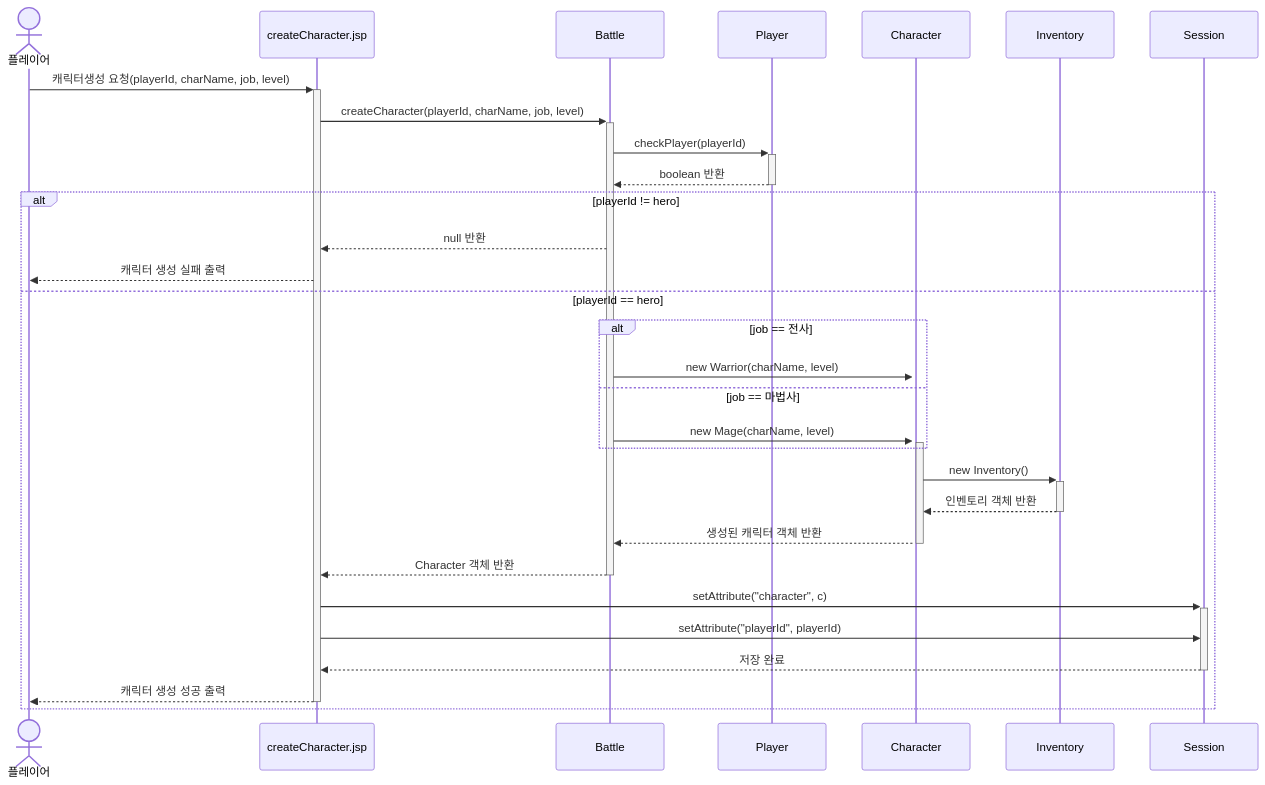
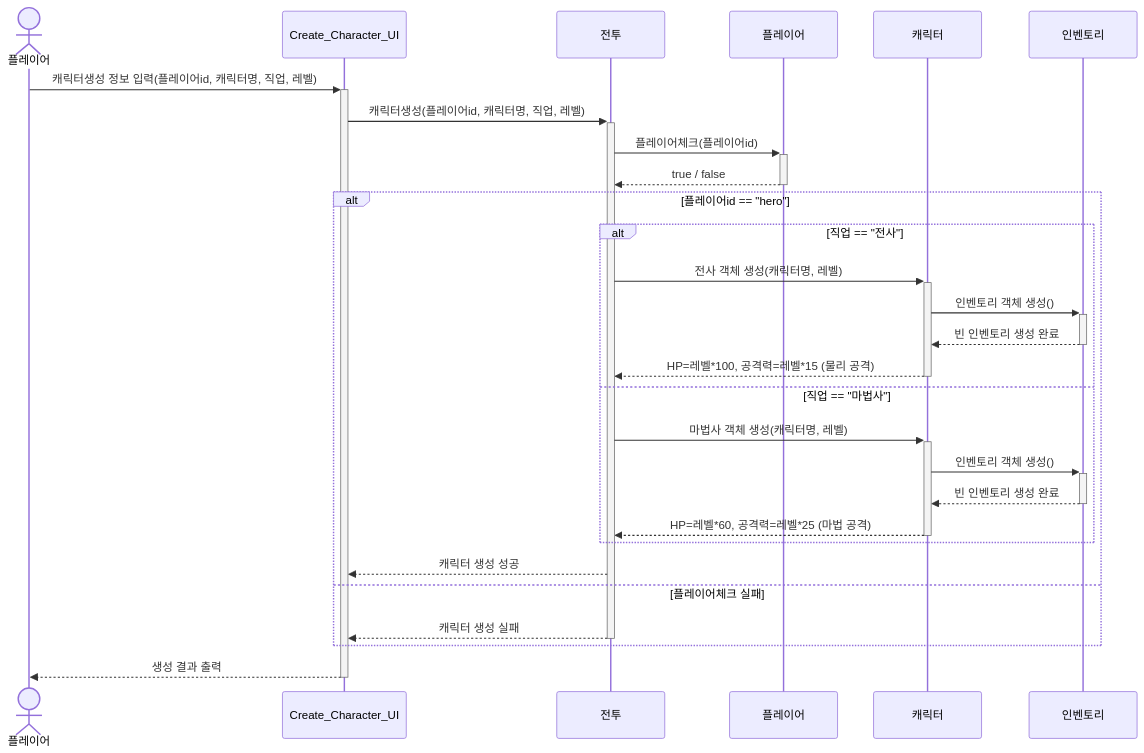
One commit to Sewqp/DnF_Battle2_B_06- changed the diagram in 생성순차도.md. Above: the diagram before and after it, drawn with Mermaid.

````diff
--- a/생성순차도.md
+++ b/생성순차도.md
@@ -1,42 +1,52 @@
 ```mermaid
 sequenceDiagram
     actor 플레이어
+    participant Create_Character_UI
+    participant 전투
+    participant 플레이어객체 as 플레이어
+    participant 캐릭터
+    participant 인벤토리
 
-    participant 생성UI as createCharacter.jsp
-    participant 전투 as Battle
-    participant 플레이어객체 as Player
-    participant 캐릭터 as Character
-    participant 인벤토리 as Inventory
-    participant 세션 as Session
+    플레이어 ->>+ Create_Character_UI: 캐릭터생성 정보 입력(플레이어id, 캐릭터명, 직업, 레벨)
 
-    플레이어 ->>+ 생성UI: 캐릭터생성 요청(playerId, charName, job, level)
-    생성UI ->>+ 전투: createCharacter(playerId, charName, job, level)
+    Create_Character_UI ->>+ 전투: 캐릭터생성(플레이어id, 캐릭터명, 직업, 레벨)
 
-    전투 ->>+ 플레이어객체: checkPlayer(playerId)
-    플레이어객체 -->>- 전투: boolean 반환
+    전투 ->>+ 플레이어객체: 플레이어체크(플레이어id)
 
-    alt playerId != hero
-        전투 -->> 생성UI: null 반환
-        생성UI -->> 플레이어: 캐릭터 생성 실패 출력
+    플레이어객체 -->>- 전투: true / false
 
-    else playerId == hero
-        alt job == 전사
-            전투 ->>+ 캐릭터: new Warrior(charName, level)
-        else job == 마법사
-            전투 ->>+ 캐릭터: new Mage(charName, level)
+    alt 플레이어id == "hero"
+
+        alt 직업 == "전사"
+
+            전투 ->>+ 캐릭터: 전사 객체 생성(캐릭터명, 레벨)
+
+            캐릭터 ->>+ 인벤토리: 인벤토리 객체 생성()
+
+            인벤토리 -->>- 캐릭터: 빈 인벤토리 생성 완료
+
+            캐릭터 -->>- 전투: HP=레벨*100, 공격력=레벨*15 (물리 공격)
+
+        else 직업 == "마법사"
+
+            전투 ->>+ 캐릭터: 마법사 객체 생성(캐릭터명, 레벨)
+
+            캐릭터 ->>+ 인벤토리: 인벤토리 객체 생성()
+
+            인벤토리 -->>- 캐릭터: 빈 인벤토리 생성 완료
+
+            캐릭터 -->>- 전투: HP=레벨*60, 공격력=레벨*25 (마법 공격)
+
         end
 
-        캐릭터 ->>+ 인벤토리: new Inventory()
-        인벤토리 -->>- 캐릭터: 인벤토리 객체 반환
 
+        전투 -->> Create_Character_UI: 캐릭터 생성 성공
 
-        캐릭터 -->>- 전투: 생성된 캐릭터 객체 반환
-        전투 -->>- 생성UI: Character 객체 반환
+    else 플레이어체크 실패
 
-        생성UI ->>+ 세션: setAttribute("character", c)
-        생성UI ->> 세션: setAttribute("playerId", playerId)
-        세션 -->>- 생성UI: 저장 완료
+        전투 -->>- Create_Character_UI: 캐릭터 생성 실패
 
-        생성UI -->>- 플레이어: 캐릭터 생성 성공 출력
     end
+
+    Create_Character_UI -->>- 플레이어: 생성 결과 출력
 ```
````
